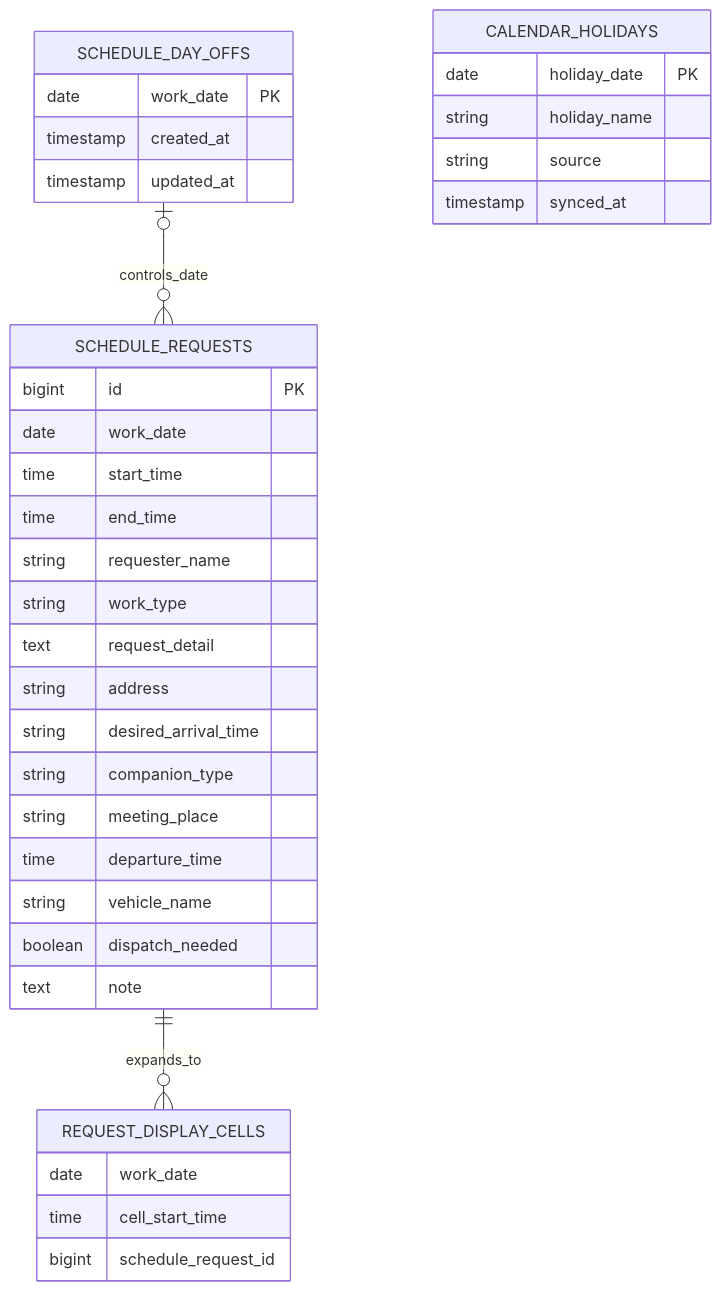
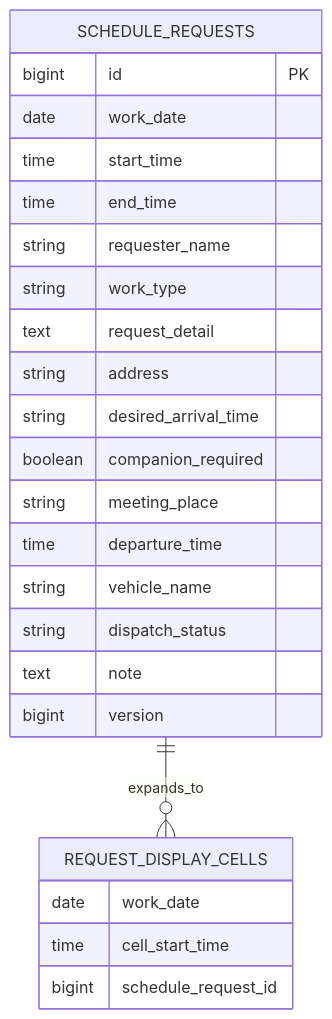
Before and after one commit to yuya-dev-dev/schedule-system: the diagram in docs/database-design.md, drawn with Mermaid. The commit also changed other lines of this file and 7 other files, not shown here.

````diff
--- a/docs/database-design.md
+++ b/docs/database-design.md
@@ -11,42 +11,30 @@
 ```mermaid
 erDiagram
     SCHEDULE_REQUESTS ||--o{ REQUEST_DISPLAY_CELLS : expands_to
-    SCHEDULE_DAY_OFFS o|--o{ SCHEDULE_REQUESTS : controls_date
 
     SCHEDULE_REQUESTS {
         bigint id PK
         date work_date
         time start_time
         time end_time
         string requester_name
         string work_type
         text request_detail
         string address
         string desired_arrival_time
-        string companion_type
+        boolean companion_required
         string meeting_place
         time departure_time
         string vehicle_name
-        boolean dispatch_needed
+        string dispatch_status
         text note
+        bigint version
     }
 
     REQUEST_DISPLAY_CELLS {
         date work_date
         time cell_start_time
         bigint schedule_request_id
     }
 
-    SCHEDULE_DAY_OFFS {
-        date work_date PK
-        timestamp created_at
-        timestamp updated_at
-    }
-
-    CALENDAR_HOLIDAYS {
-        date holiday_date PK
-        string holiday_name
-        string source
-        timestamp synced_at
-    }
 ```
````
